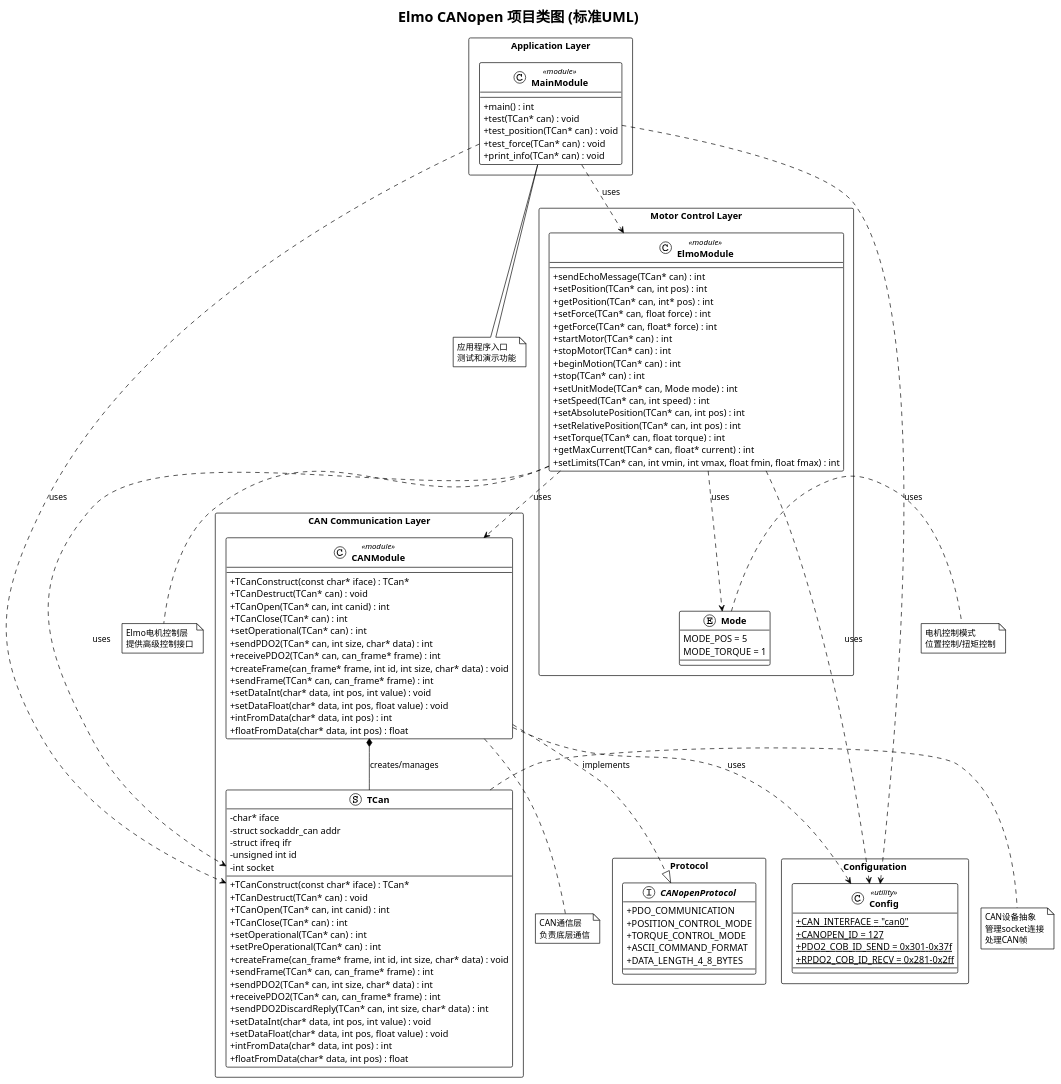
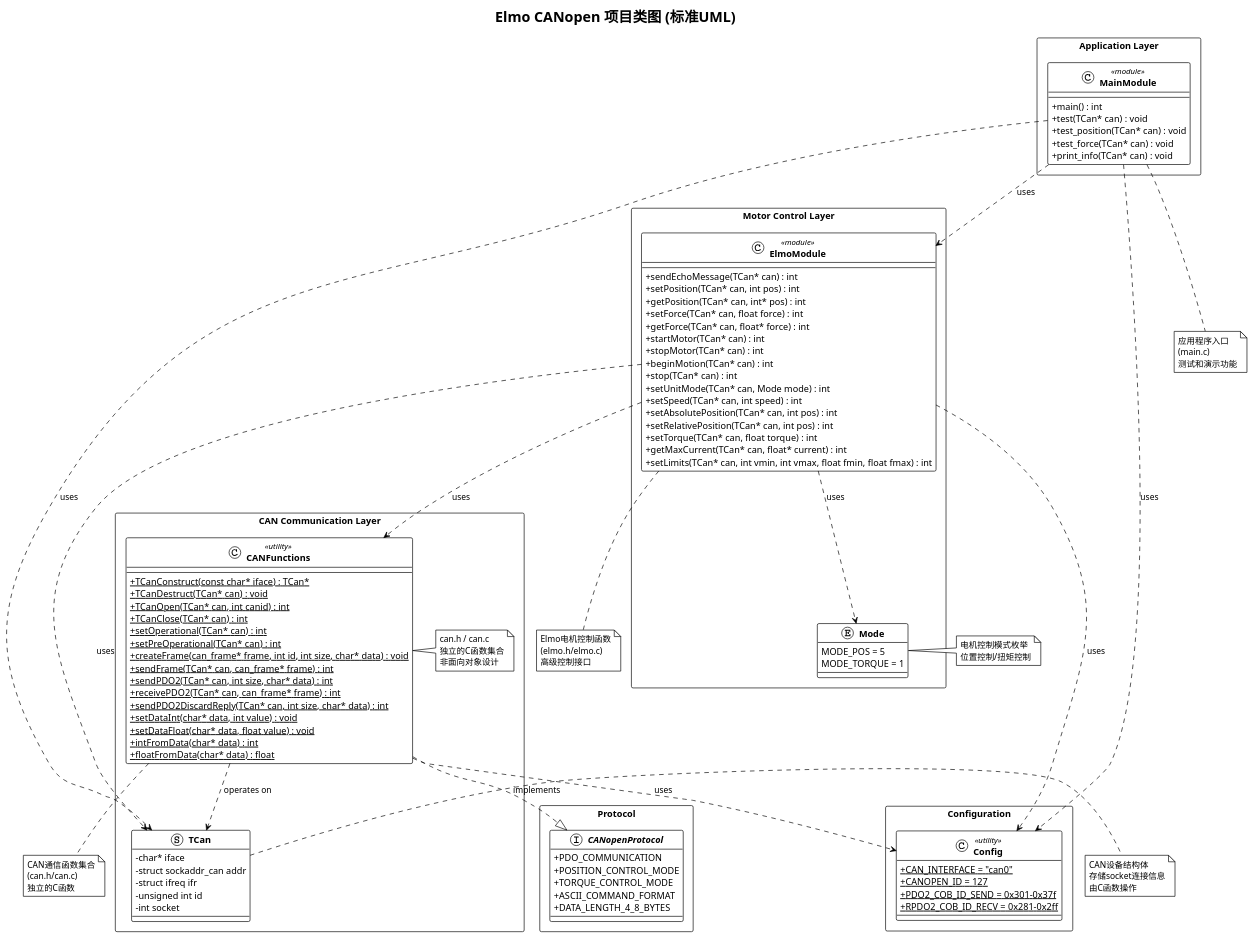
One commit to blueeyesblue/elmo-canopen-linux changed the diagram in analysis/class_diagram.puml. Above: the diagram before and after it, drawn with PlantUML. The commit also changed 3 other files, not shown here.

```diff
--- a/analysis/class_diagram.puml
+++ b/analysis/class_diagram.puml
@@ -1,137 +1,125 @@
 @startuml Elmo_CANopen_Class_Diagram
 !theme plain
 title Elmo CANopen 项目类图 (标准UML)
 
 ' 设置样式
 skinparam classAttributeIconSize 0
 skinparam classFontStyle bold
 skinparam packageStyle rectangle
 
 package "CAN Communication Layer" {
     struct TCan {
         - char* iface
         - struct sockaddr_can addr
         - struct ifreq ifr
         - unsigned int id
         - int socket
-        --
-        + TCanConstruct(const char* iface) : TCan*
-        + TCanDestruct(TCan* can) : void
-        + TCanOpen(TCan* can, int canid) : int
-        + TCanClose(TCan* can) : int
-        + setOperational(TCan* can) : int
-        + setPreOperational(TCan* can) : int
-        + createFrame(can_frame* frame, int id, int size, char* data) : void
-        + sendFrame(TCan* can, can_frame* frame) : int
-        + sendPDO2(TCan* can, int size, char* data) : int
-        + receivePDO2(TCan* can, can_frame* frame) : int
-        + sendPDO2DiscardReply(TCan* can, int size, char* data) : int
-        + setDataInt(char* data, int pos, int value) : void
-        + setDataFloat(char* data, int pos, float value) : void
-        + intFromData(char* data, int pos) : int
-        + floatFromData(char* data, int pos) : float
     }
     
-    class CANModule <<module>> {
-        + TCanConstruct(const char* iface) : TCan*
-        + TCanDestruct(TCan* can) : void
-        + TCanOpen(TCan* can, int canid) : int
-        + TCanClose(TCan* can) : int
-        + setOperational(TCan* can) : int
-        + sendPDO2(TCan* can, int size, char* data) : int
-        + receivePDO2(TCan* can, can_frame* frame) : int
-        + createFrame(can_frame* frame, int id, int size, char* data) : void
-        + sendFrame(TCan* can, can_frame* frame) : int
-        + setDataInt(char* data, int pos, int value) : void
-        + setDataFloat(char* data, int pos, float value) : void
-        + intFromData(char* data, int pos) : int
-        + floatFromData(char* data, int pos) : float
+    class CANFunctions <<utility>> {
+        + {static} TCanConstruct(const char* iface) : TCan*
+        + {static} TCanDestruct(TCan* can) : void
+        + {static} TCanOpen(TCan* can, int canid) : int
+        + {static} TCanClose(TCan* can) : int
+        + {static} setOperational(TCan* can) : int
+        + {static} setPreOperational(TCan* can) : int
+        + {static} createFrame(can_frame* frame, int id, int size, char* data) : void
+        + {static} sendFrame(TCan* can, can_frame* frame) : int
+        + {static} sendPDO2(TCan* can, int size, char* data) : int
+        + {static} receivePDO2(TCan* can, can_frame* frame) : int
+        + {static} sendPDO2DiscardReply(TCan* can, int size, char* data) : int
+        + {static} setDataInt(char* data, int value) : void
+        + {static} setDataFloat(char* data, float value) : void
+        + {static} intFromData(char* data) : int
+        + {static} floatFromData(char* data) : float
     }
+    
+    note right of CANFunctions : can.h / can.c\n独立的C函数集合\n非面向对象设计
 }
 
 package "Motor Control Layer" {
     enum Mode {
         MODE_POS = 5
         MODE_TORQUE = 1
     }
     
     class ElmoModule <<module>> {
         + sendEchoMessage(TCan* can) : int
         + setPosition(TCan* can, int pos) : int
         + getPosition(TCan* can, int* pos) : int
         + setForce(TCan* can, float force) : int
         + getForce(TCan* can, float* force) : int
         + startMotor(TCan* can) : int
         + stopMotor(TCan* can) : int
         + beginMotion(TCan* can) : int
         + stop(TCan* can) : int
         + setUnitMode(TCan* can, Mode mode) : int
         + setSpeed(TCan* can, int speed) : int
         + setAbsolutePosition(TCan* can, int pos) : int
         + setRelativePosition(TCan* can, int pos) : int
         + setTorque(TCan* can, float torque) : int
         + getMaxCurrent(TCan* can, float* current) : int
         + setLimits(TCan* can, int vmin, int vmax, float fmin, float fmax) : int
     }
 }
 
 package "Application Layer" {
     class MainModule <<module>> {
         + main() : int
         + test(TCan* can) : void
         + test_position(TCan* can) : void
         + test_force(TCan* can) : void
         + print_info(TCan* can) : void
     }
 }
 
 package "Configuration" {
     class Config <<utility>> {
         + {static} CAN_INTERFACE = "can0"
         + {static} CANOPEN_ID = 127
         + {static} PDO2_COB_ID_SEND = 0x301-0x37f
         + {static} RPDO2_COB_ID_RECV = 0x281-0x2ff
     }
 }
 
 package "Protocol" {
     interface CANopenProtocol {
         + PDO_COMMUNICATION
         + POSITION_CONTROL_MODE
         + TORQUE_CONTROL_MODE
         + ASCII_COMMAND_FORMAT
         + DATA_LENGTH_4_8_BYTES
     }
 }
 
 ' UML 关系定义
-' 组合关系 - CANModule 创建和管理 TCan 实例
-CANModule *-- TCan : creates/manages
+' 依赖关系 - CANFunctions 操作 TCan 结构体
+CANFunctions ..> TCan : operates on
 
-' 依赖关系 - ElmoModule 使用 CANModule 和 TCan
-ElmoModule ..> CANModule : uses
+' 依赖关系 - ElmoModule 使用 CANFunctions 和 TCan
+ElmoModule ..> CANFunctions : uses
 ElmoModule ..> TCan : uses
 
 ' 依赖关系 - ElmoModule 使用 Mode 枚举
 ElmoModule ..> Mode : uses
 
 ' 依赖关系 - MainModule 使用其他模块
 MainModule ..> ElmoModule : uses
 MainModule ..> TCan : uses
 
-' 实现关系 - CANModule 实现 CANopen 协议
-CANModule ..|> CANopenProtocol : implements
+' 实现关系 - CANFunctions 实现 CANopen 协议
+CANFunctions ..|> CANopenProtocol : implements
 
 ' 使用关系 - 各模块使用配置
-CANModule ..> Config : uses
+CANFunctions ..> Config : uses
 ElmoModule ..> Config : uses
 MainModule ..> Config : uses
 
 ' 注释
-note right of TCan : CAN设备抽象\n管理socket连接\n处理CAN帧
-note right of Mode : 电机控制模式\n位置控制/扭矩控制
-note bottom of CANModule : CAN通信层\n负责底层通信
-note bottom of ElmoModule : Elmo电机控制层\n提供高级控制接口
-note bottom of MainModule : 应用程序入口\n测试和演示功能
+note right of TCan : CAN设备结构体\n存储socket连接信息\n由C函数操作
+note right of Mode : 电机控制模式枚举\n位置控制/扭矩控制
+note bottom of CANFunctions : CAN通信函数集合\n(can.h/can.c)\n独立的C函数
+note bottom of ElmoModule : Elmo电机控制函数\n(elmo.h/elmo.c)\n高级控制接口
+note bottom of MainModule : 应用程序入口\n(main.c)\n测试和演示功能
 
 @enduml
```
